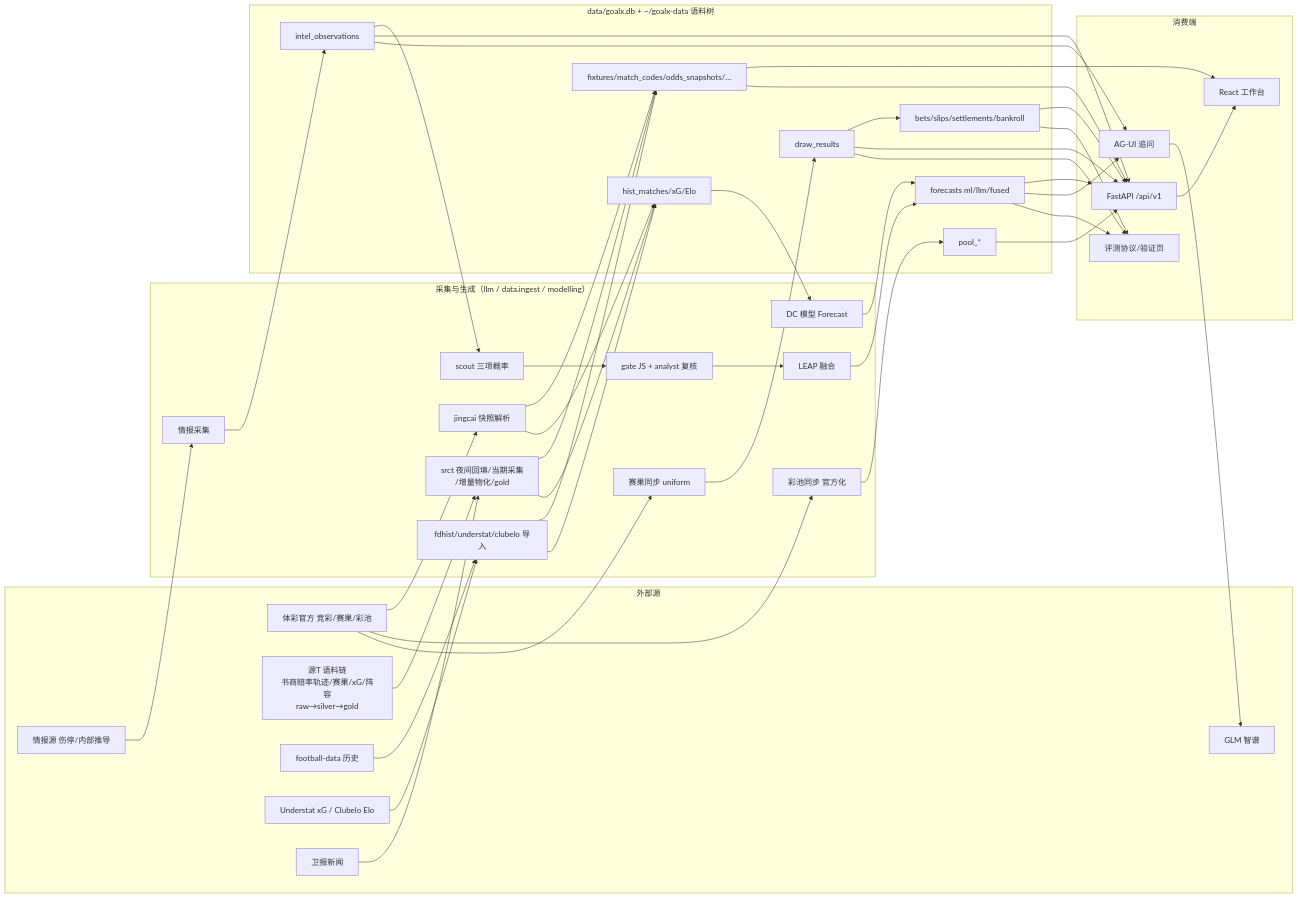
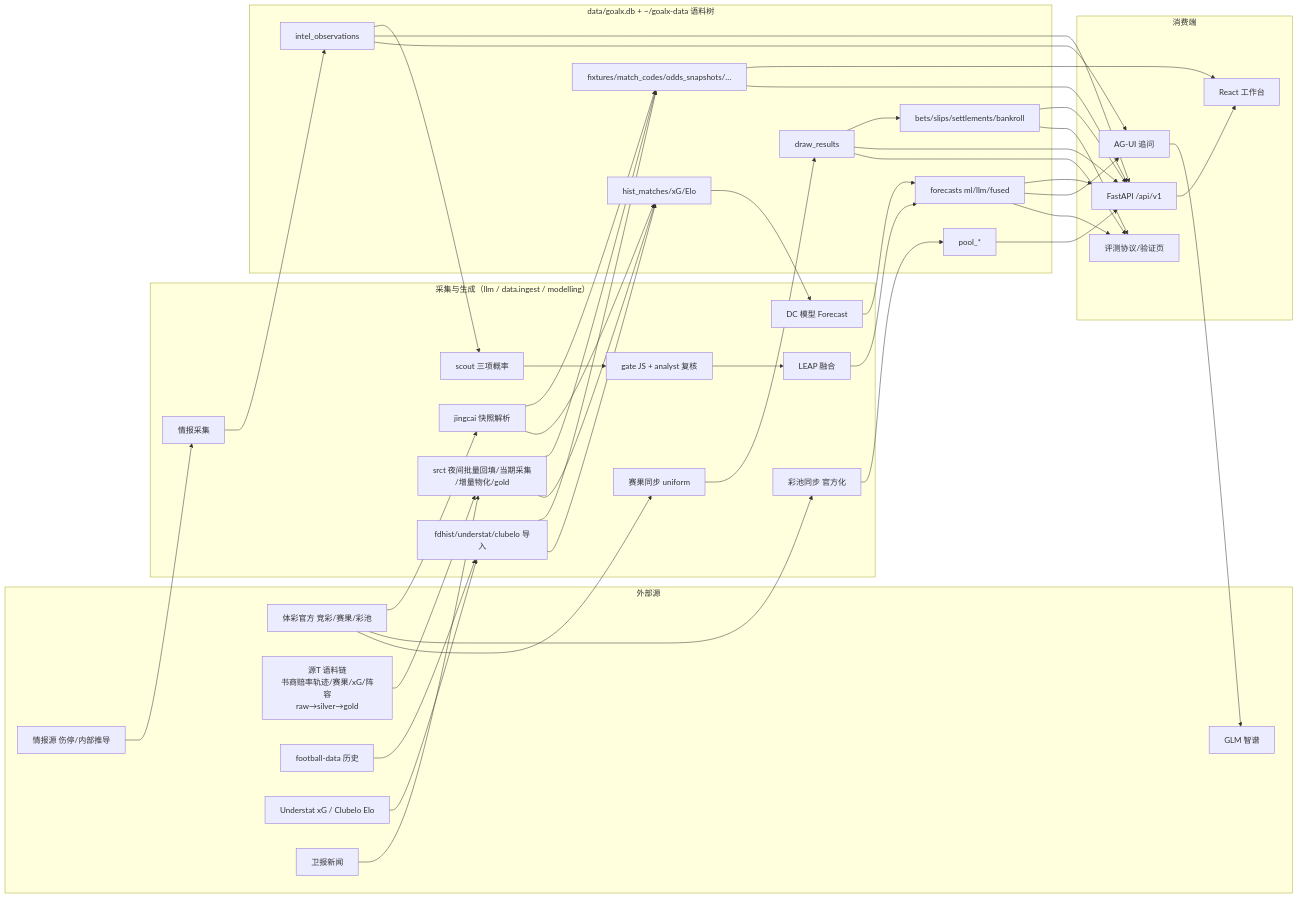
The diagram in docs/data-flow.md (cosmos-arc/goalx), drawn with Mermaid before and after one commit. The commit also changed other lines of this file and 3 other files, not shown here.

Commit message:
docs: 票 12 两轴批修——mermaid 换行/官方化日期 2026-09/匿名票引/README 词典指针

````diff
--- a/docs/data-flow.md
+++ b/docs/data-flow.md
@@ -9,60 +9,59 @@
 ```mermaid
 flowchart LR
     subgraph 外部源
         SP[体彩官方 竞彩/赛果/彩池]
         SRCT[源T 语料链\n书商赔率轨迹/赛果/xG/阵容\nraw→silver→gold]
         FD[football-data 历史]
         US[Understat xG / Clubelo Elo]
         GA[卫报新闻]
         IN[情报源 伤停/内部推导]
         GLM[GLM 智谱]
     end
 
     subgraph 采集与生成["采集与生成（llm / data.ingest / modelling）"]
         C1[jingcai 快照解析]
-        C2[ srct 夜间回填/当期采集
-/增量物化/gold]
+        C2[ srct 夜间批量回填/当期采集\n/增量物化/gold]
         C3[fdhist/understat/clubelo 导入]
         C4[彩池同步 官方化]
         C5[赛果同步 uniform]
         C6[情报采集]
         SC[scout 三项概率]
         GA2[gate JS + analyst 复核]
         FU[LEAP 融合]
         DC[DC 模型 Forecast]
     end
 
     subgraph SQLite["data/goalx.db + ~/goalx-data 语料树"]
         T1[fixtures/match_codes/odds_snapshots/…]
         T2[hist_matches/xG/Elo]
         T3[pool_*]
         T4[intel_observations]
         T5[forecasts ml/llm/fused]
         T6[draw_results]
         T7[bets/slips/settlements/bankroll]
     end
 
     subgraph 消费端
         API[FastAPI /api/v1]
         UI[React 工作台]
         AG[AG-UI 追问]
         EV[评测协议/验证页]
     end
 
     SP --> C1 & C4 & C5
     SRCT --> C2
     FD & US --> C3
     GA --> C2
     C1 & C2 & C3 --> T1 & T2
     C4 --> T3
     C5 --> T6
     IN --> C6 --> T4
     T4 --> SC --> GA2 --> FU
     T2 --> DC --> T5
     FU --> T5
     T1 --> UI
     T6 --> T7
     T1 & T3 & T4 & T5 & T6 & T7 --> API --> UI
     T4 & T5 --> AG --> GLM
     T5 & T6 & T7 --> EV
 ```
````
